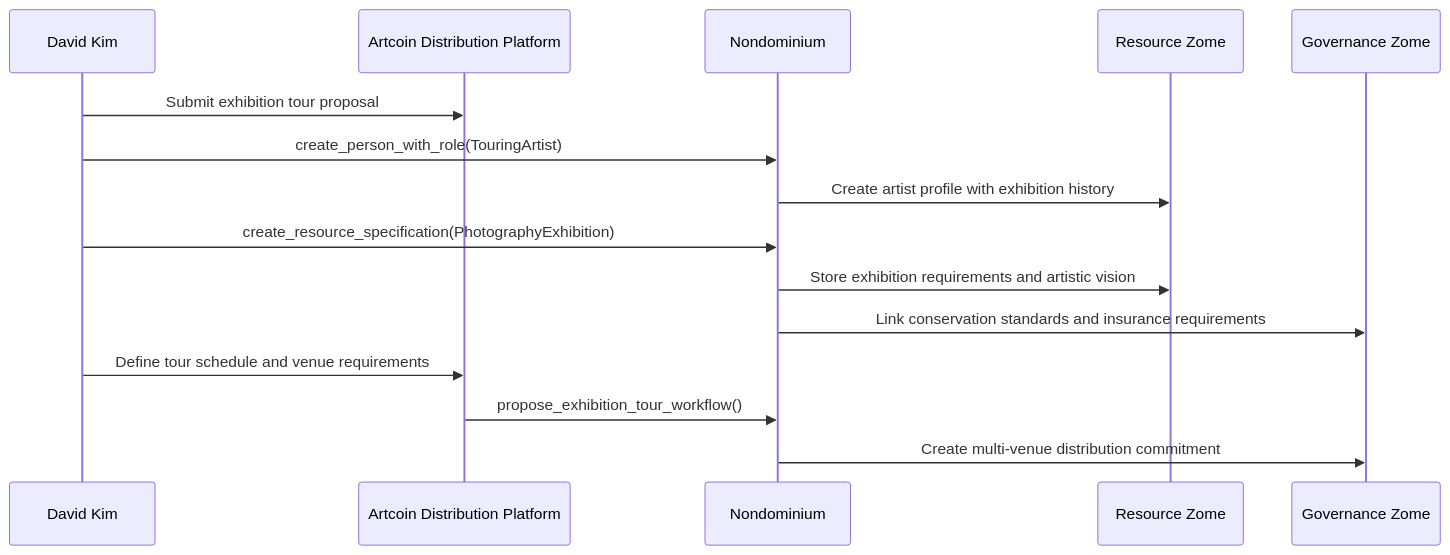
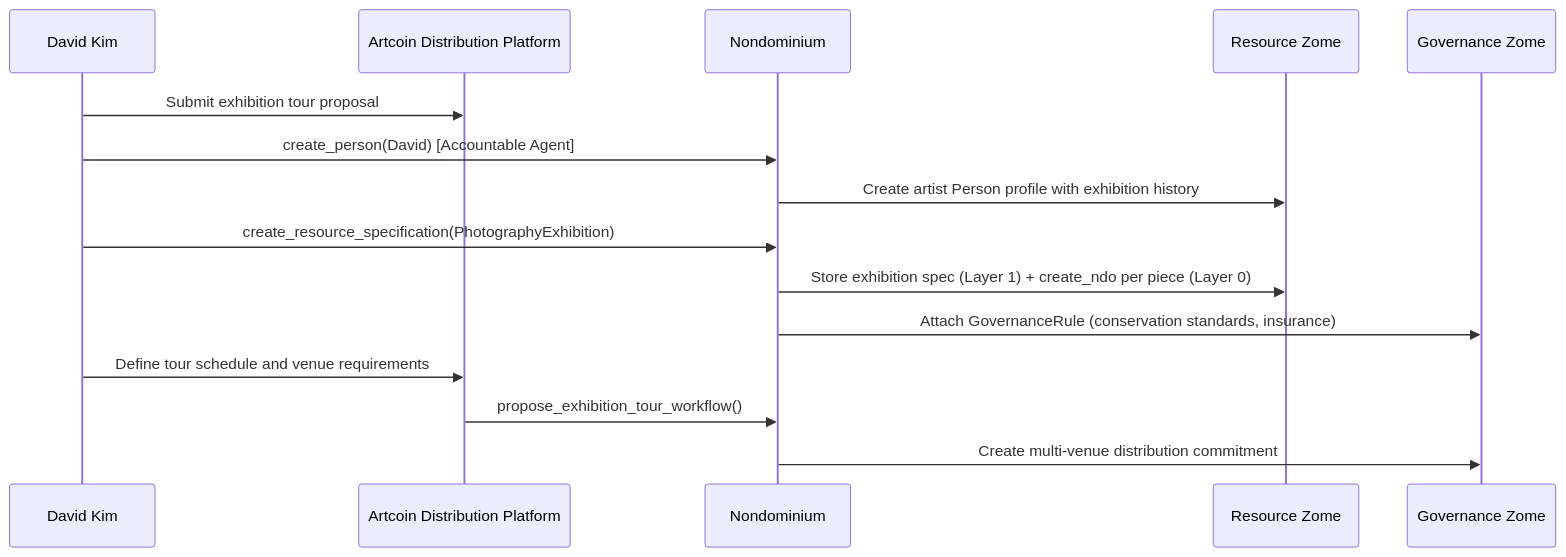
Before and after one commit to Sensorica/nondominium: the first of 9 diagrams in documentation/Applications/user-story/user-story-art-distribution.md, drawn with Mermaid. The commit also changed other lines of this file and 99 other files, not shown here.

````diff
--- a/documentation/Applications/user-story/user-story-art-distribution.md
+++ b/documentation/Applications/user-story/user-story-art-distribution.md
@@ -39,20 +48,20 @@
 ```mermaid
 sequenceDiagram
     participant David as David Kim
     participant Artcoin as Artcoin Distribution Platform
     participant ND as Nondominium
     participant Res as Resource Zome
     participant Gov as Governance Zome
 
     David->>Artcoin: Submit exhibition tour proposal
-    David->>ND: create_person_with_role(TouringArtist)
-    ND->>Res: Create artist profile with exhibition history
+    David->>ND: create_person(David) [Accountable Agent]
+    ND->>Res: Create artist Person profile with exhibition history
 
     David->>ND: create_resource_specification(PhotographyExhibition)
-    ND->>Res: Store exhibition requirements and artistic vision
-    ND->>Gov: Link conservation standards and insurance requirements
+    ND->>Res: Store exhibition spec (Layer 1) + create_ndo per piece (Layer 0)
+    ND->>Gov: Attach GovernanceRule (conservation standards, insurance)
 
     David->>Artcoin: Define tour schedule and venue requirements
     Artcoin->>ND: propose_exhibition_tour_workflow()
     ND->>Gov: Create multi-venue distribution commitment
 ```
````
